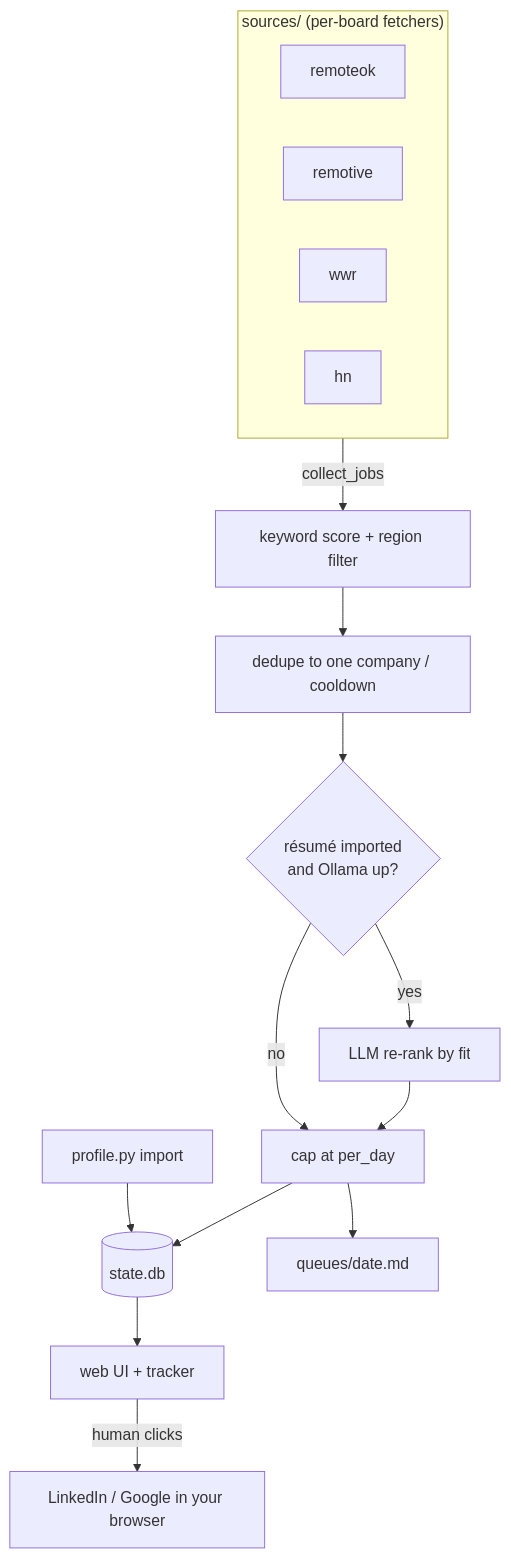
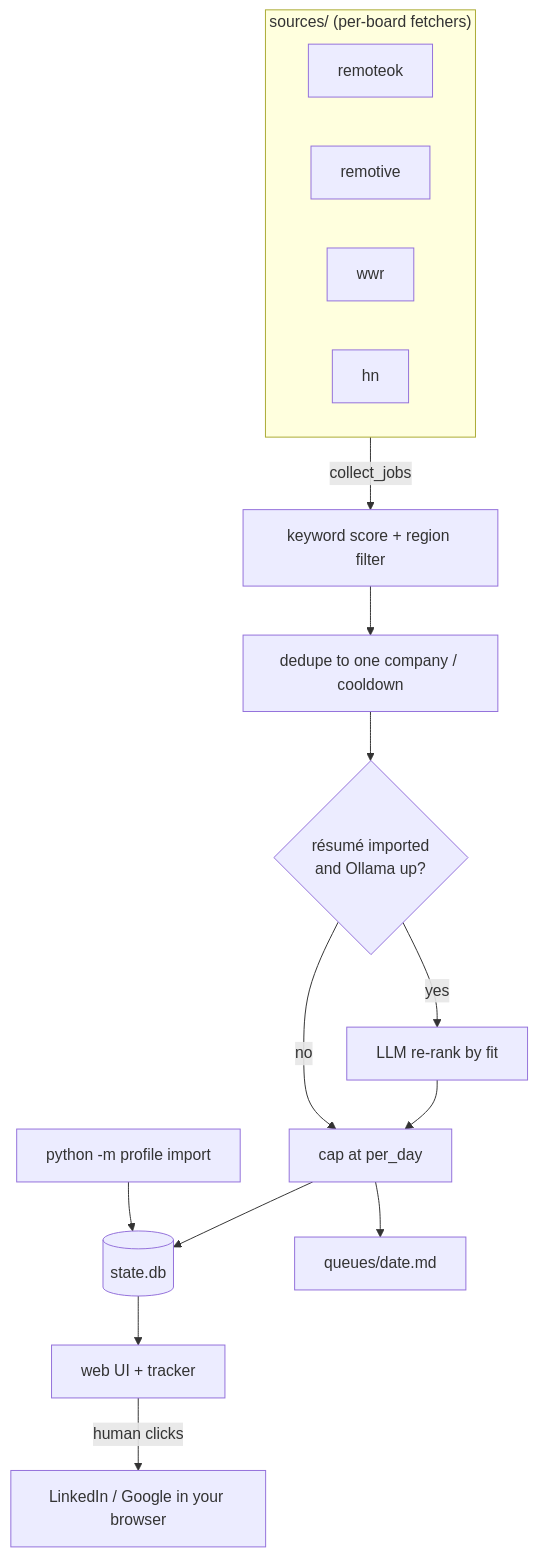
One commit to djornada/simple-job-seeker changed the diagram in docs/architecture.md. Above: the diagram before and after it, drawn with Mermaid. The commit also changed other lines of this file and 11 other files, not shown here.

````diff
--- a/docs/architecture.md
+++ b/docs/architecture.md
@@ -31,16 +31,16 @@
 ```mermaid
 flowchart TD
     subgraph sources["sources/ (per-board fetchers)"]
         RO[remoteok] & RE[remotive] & WWR[wwr] & HN[hn]
     end
     sources -->|collect_jobs| GATE[keyword score + region filter]
     GATE --> DEDUP[dedupe to one company / cooldown]
     DEDUP --> RR{résumé imported<br/>and Ollama up?}
     RR -->|yes| LLM[LLM re-rank by fit] --> CAP[cap at per_day]
     RR -->|no| CAP
     CAP --> DB[(state.db)]
     CAP --> MD[queues/date.md]
     DB --> WEB[web UI + tracker]
-    PROF[profile.py import] --> DB
+    PROF[python -m profile import] --> DB
     WEB -->|human clicks| LI[LinkedIn / Google in your browser]
 ```
````
